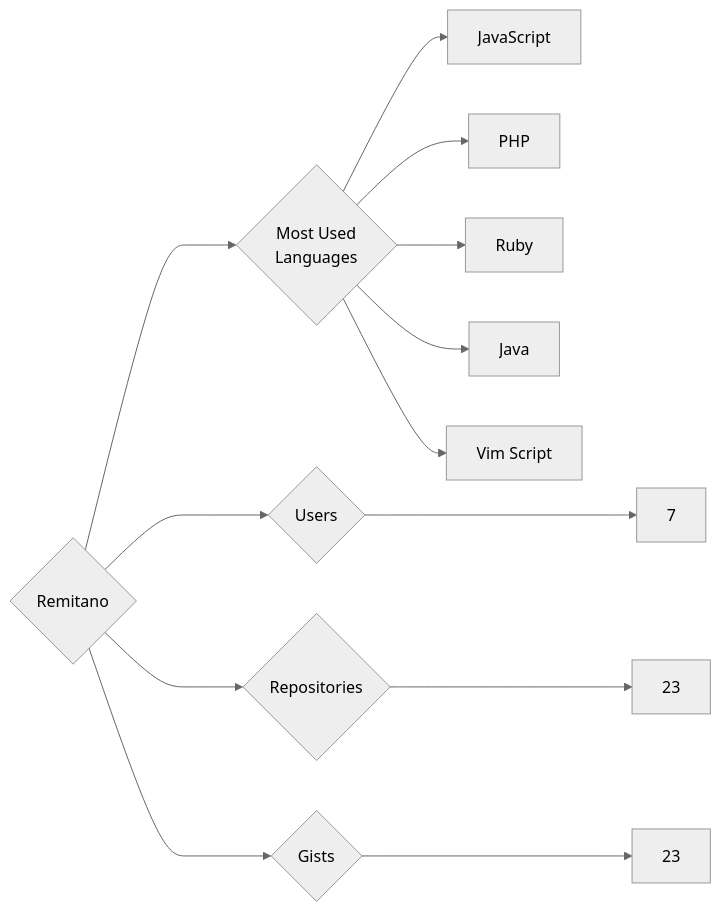
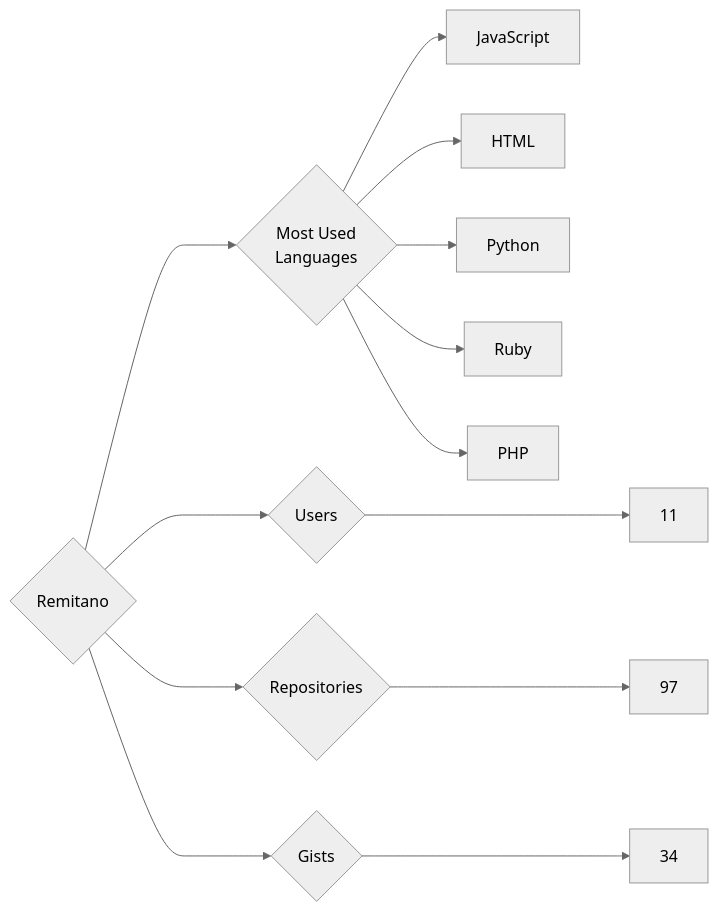
One commit to trickest/insiders changed the diagram in targets/Remitano/README.md. Above: the diagram before and after it, drawn with Mermaid (neutral theme). The commit also changed 534 other files, not shown here.

````diff
--- a/targets/Remitano/README.md
+++ b/targets/Remitano/README.md
@@ -3,13 +3,13 @@
 ```mermaid
 graph LR
 COMPANY_NAME{Remitano}
-COMPANY_NAME ---> U{Users} ---> UN[7]
-COMPANY_NAME ---> R{Repositories} ---> RN[23]
-COMPANY_NAME ---> G{Gists} ---> GN[23]
+COMPANY_NAME ---> U{Users} ---> UN[11]
+COMPANY_NAME ---> R{Repositories} ---> RN[97]
+COMPANY_NAME ---> G{Gists} ---> GN[34]
 COMPANY_NAME ---> ML{Most Used<br>Languages}
 ML --> JavaScript[JavaScript]
+ML --> HTML[HTML]
+ML --> Python[Python]
+ML --> Ruby[Ruby]
 ML --> PHP[PHP]
-ML --> Ruby[Ruby]
-ML --> Java[Java]
-ML --> Vim_Script[Vim Script]
 ```
````
